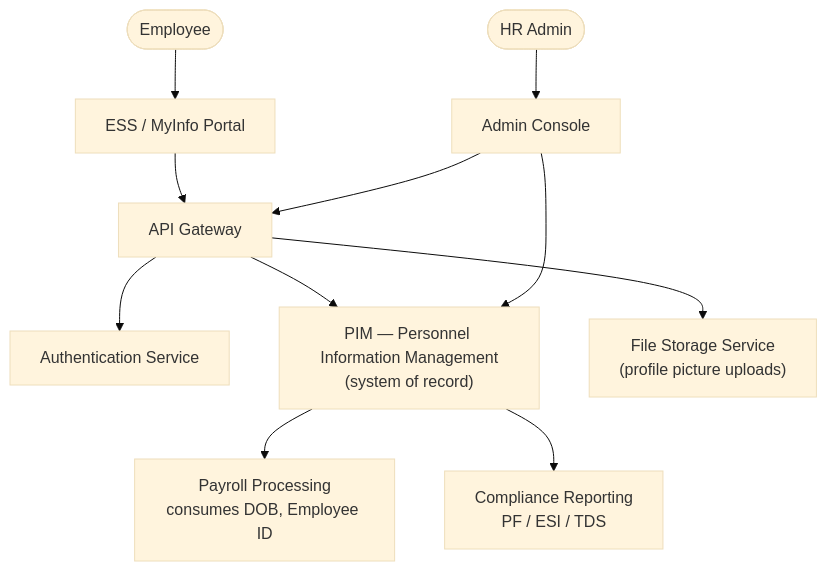
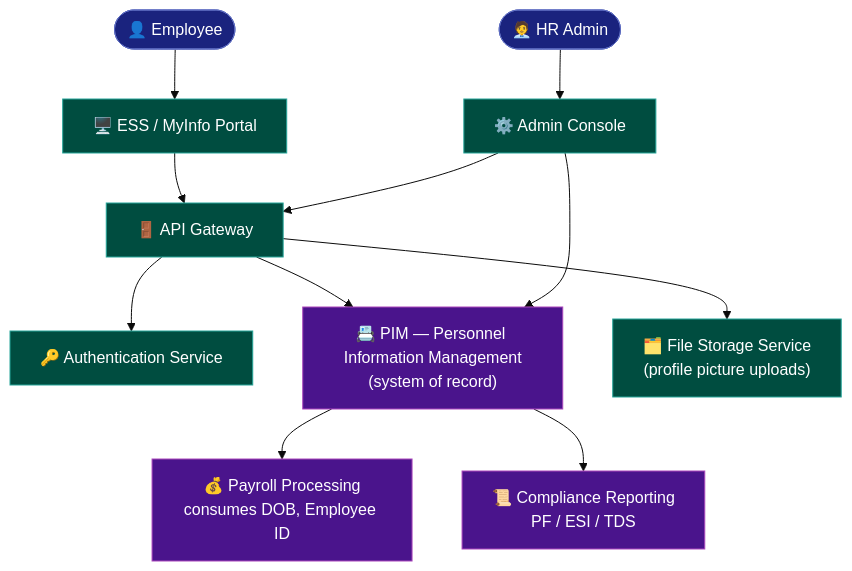
The first of 4 diagrams in docs/architecture-and-flow.md (ghanendra-sdet/hrms-platform), drawn with Mermaid (base theme) before and after one commit. The commit also changed other lines of this file and 1 other file, not shown here.

Commit message:
docs: enrich architecture and tech-and-skills diagrams

````diff
--- a/docs/architecture-and-flow.md
+++ b/docs/architecture-and-flow.md
@@ -13,16 +12,23 @@
 ```mermaid
 flowchart TD
-    Employee([Employee]) --> ESS["ESS / MyInfo Portal"]
-    HRAdmin([HR Admin]) --> AC["Admin Console"]
+    Employee([👤 Employee]) --> ESS["🖥️ ESS / MyInfo Portal"]
+    HRAdmin([🧑‍💼 HR Admin]) --> AC["⚙️ Admin Console"]
 
-    ESS --> GW["API Gateway"]
+    ESS --> GW["🚪 API Gateway"]
     AC --> GW
 
-    GW --> Auth["Authentication Service"]
-    GW --> PIM["PIM — Personnel Information Management<br/>(system of record)"]
-    GW --> FS["File Storage Service<br/>(profile picture uploads)"]
+    GW --> Auth["🔑 Authentication Service"]
+    GW --> PIM["📇 PIM — Personnel Information Management<br/>(system of record)"]
+    GW --> FS["🗂️ File Storage Service<br/>(profile picture uploads)"]
 
-    PIM --> Payroll["Payroll Processing<br/>consumes DOB, Employee ID"]
-    PIM --> Compliance["Compliance Reporting<br/>PF / ESI / TDS"]
+    PIM --> Payroll["💰 Payroll Processing<br/>consumes DOB, Employee ID"]
+    PIM --> Compliance["📜 Compliance Reporting<br/>PF / ESI / TDS"]
     AC --> PIM
+
+    classDef person fill:#1a237e,stroke:#5c6bc0,color:#fff
+    classDef service fill:#004d40,stroke:#26a69a,color:#fff
+    classDef authority fill:#4a148c,stroke:#ab47bc,color:#fff
+    class Employee,HRAdmin person
+    class ESS,AC,GW,Auth,FS service
+    class PIM,Payroll,Compliance authority
 ```
````
